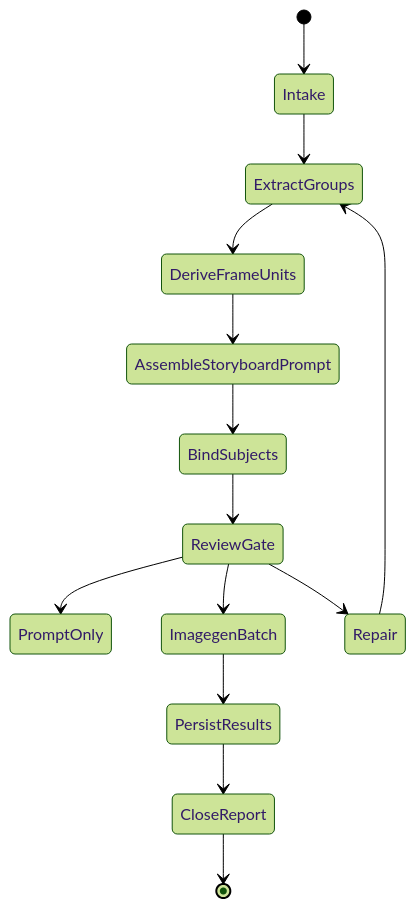
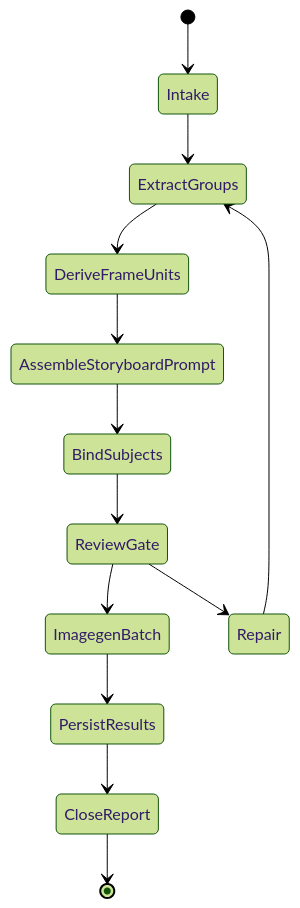
Before and after one commit to ZEN-VOID/AI-CUT: the third of 3 diagrams in .agents/skills/aigc/12-图像/分镜故事板/SKILL.md, drawn with Mermaid (forest theme). The commit also changed other lines of this file and 290 other files, not shown here.

````diff
--- a/.agents/skills/aigc/12-图像/分镜故事板/SKILL.md
+++ b/.agents/skills/aigc/12-图像/分镜故事板/SKILL.md
@@ -134,16 +145,15 @@
 ```mermaid
 stateDiagram-v2
     [*] --> Intake
     Intake --> ExtractGroups
     ExtractGroups --> DeriveFrameUnits
     DeriveFrameUnits --> AssembleStoryboardPrompt
     AssembleStoryboardPrompt --> BindSubjects
     BindSubjects --> ReviewGate
-    ReviewGate --> PromptOnly
     ReviewGate --> ImagegenBatch
     ImagegenBatch --> PersistResults
     PersistResults --> CloseReport
     ReviewGate --> Repair
     Repair --> ExtractGroups
     CloseReport --> [*]
 ```
````
